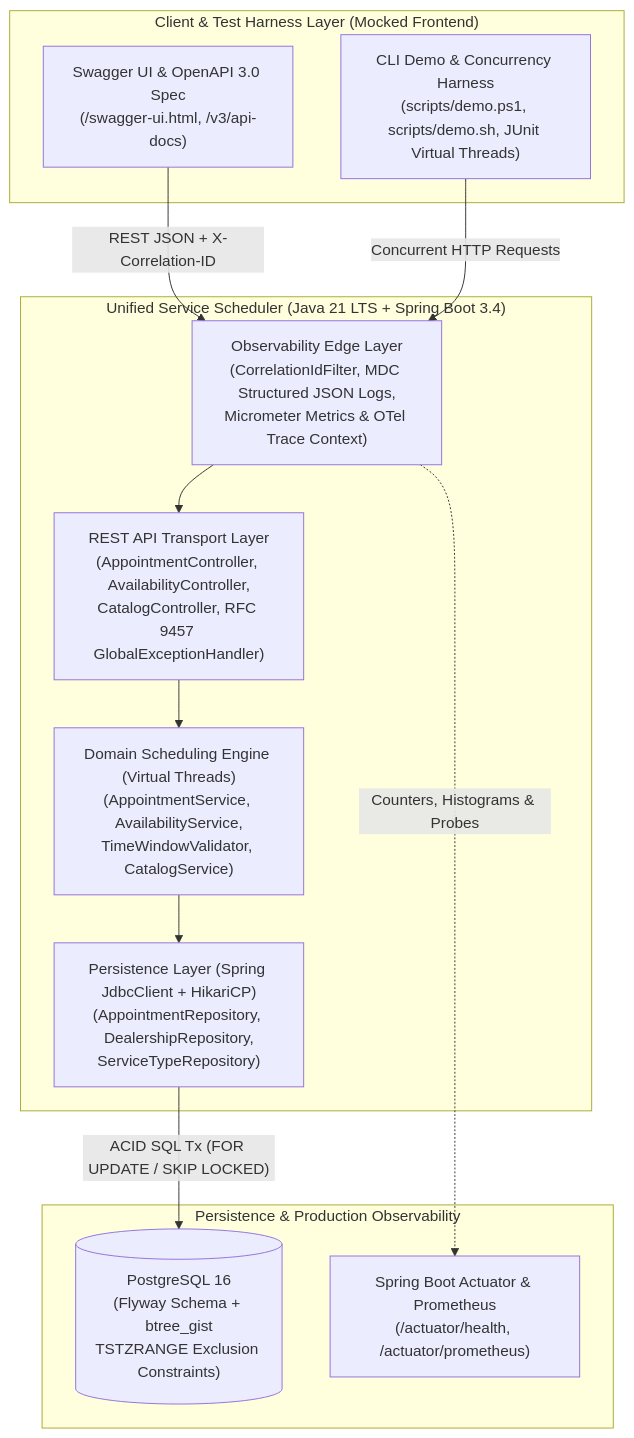
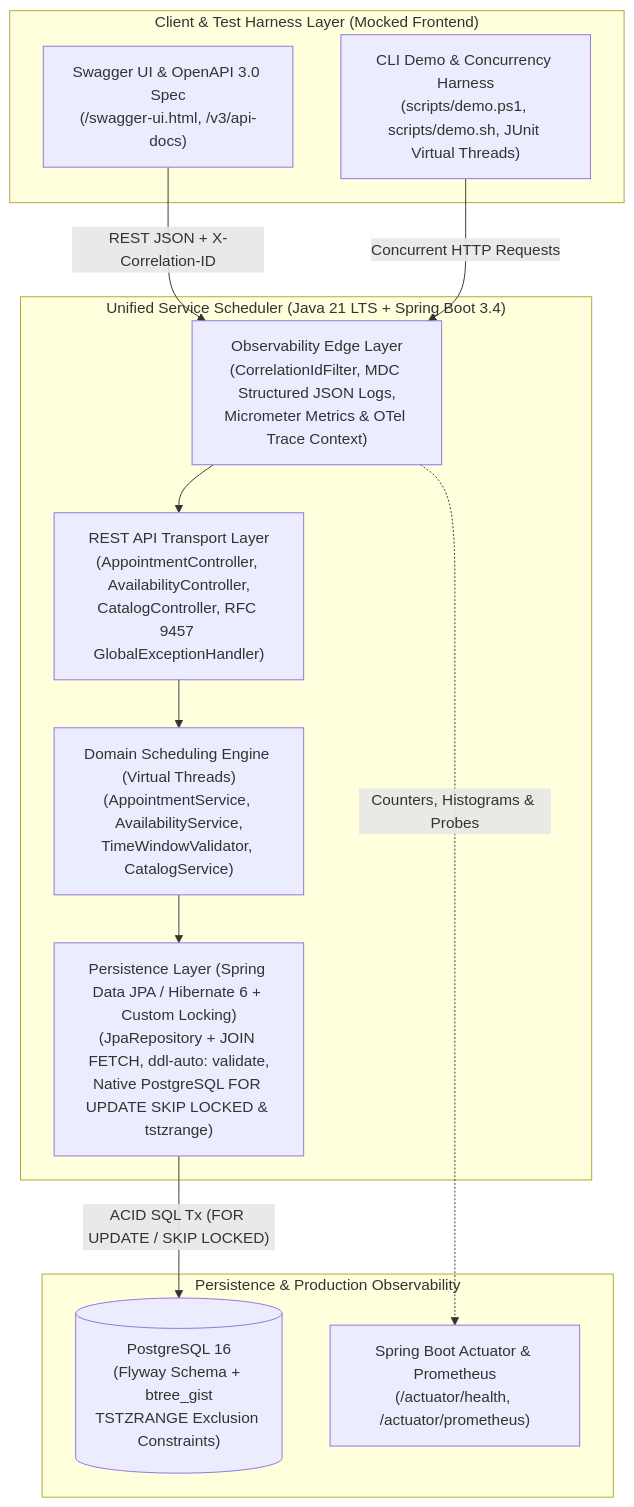
One commit to tuoitho/unified-service-scheduler changed the first of 3 diagrams in docs/SYSTEM_DESIGN.md. Above: the diagram before and after it, drawn with Mermaid. The commit also changed other lines of this file and 15 other files, not shown here.

Commit message:
feat: implement JPA entities, repositories, and PostgreSQL locking fragment

````diff
--- a/docs/SYSTEM_DESIGN.md
+++ b/docs/SYSTEM_DESIGN.md
@@ -23,27 +23,27 @@
 ```mermaid
 flowchart TB
     subgraph Client_Layer ["Client & Test Harness Layer (Mocked Frontend)"]
         Swagger["Swagger UI & OpenAPI 3.0 Spec\n(/swagger-ui.html, /v3/api-docs)"]
         Scripts["CLI Demo & Concurrency Harness\n(scripts/demo.ps1, scripts/demo.sh, JUnit Virtual Threads)"]
     end
 
     subgraph Java_Backend ["Unified Service Scheduler (Java 21 LTS + Spring Boot 3.4)"]
         Filter["Observability Edge Layer\n(CorrelationIdFilter, MDC Structured JSON Logs,\nMicrometer Metrics & OTel Trace Context)"]
         Controller["REST API Transport Layer\n(AppointmentController, AvailabilityController,\nCatalogController, RFC 9457 GlobalExceptionHandler)"]
         Service["Domain Scheduling Engine (Virtual Threads)\n(AppointmentService, AvailabilityService,\nTimeWindowValidator, CatalogService)"]
-        Repo["Persistence Layer (Spring JdbcClient + HikariCP)\n(AppointmentRepository, DealershipRepository,\nServiceTypeRepository)"]
+        Repo["Persistence Layer (Spring Data JPA / Hibernate 6 + Custom Locking)\n(JpaRepository + JOIN FETCH, ddl-auto: validate,\nNative PostgreSQL FOR UPDATE SKIP LOCKED & tstzrange)"]
     end
 
     subgraph Data_And_Ops ["Persistence & Production Observability"]
         Postgres[("PostgreSQL 16\n(Flyway Schema + btree_gist\nTSTZRANGE Exclusion Constraints)")]
         Actuator["Spring Boot Actuator & Prometheus\n(/actuator/health, /actuator/prometheus)"]
     end
 
     Swagger -->|"REST JSON + X-Correlation-ID"| Filter
     Scripts -->|"Concurrent HTTP Requests"| Filter
     Filter --> Controller
     Controller --> Service
     Service --> Repo
     Repo -->|"ACID SQL Tx (FOR UPDATE / SKIP LOCKED)"| Postgres
     Filter -.->|"Counters, Histograms & Probes"| Actuator
 ```
````
